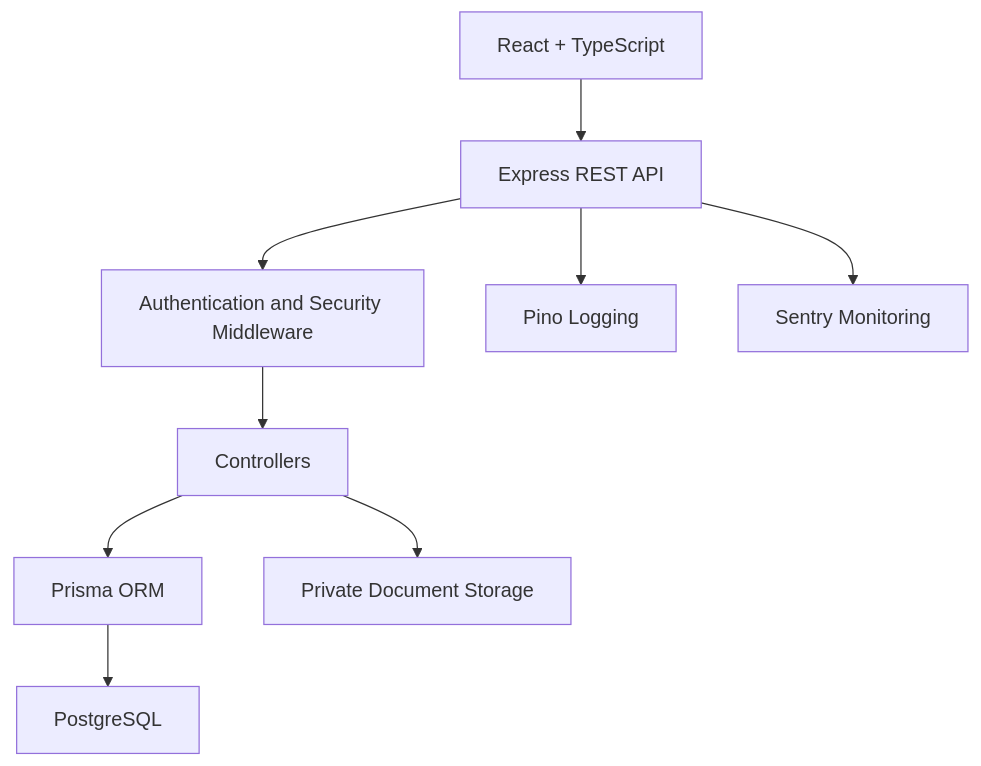
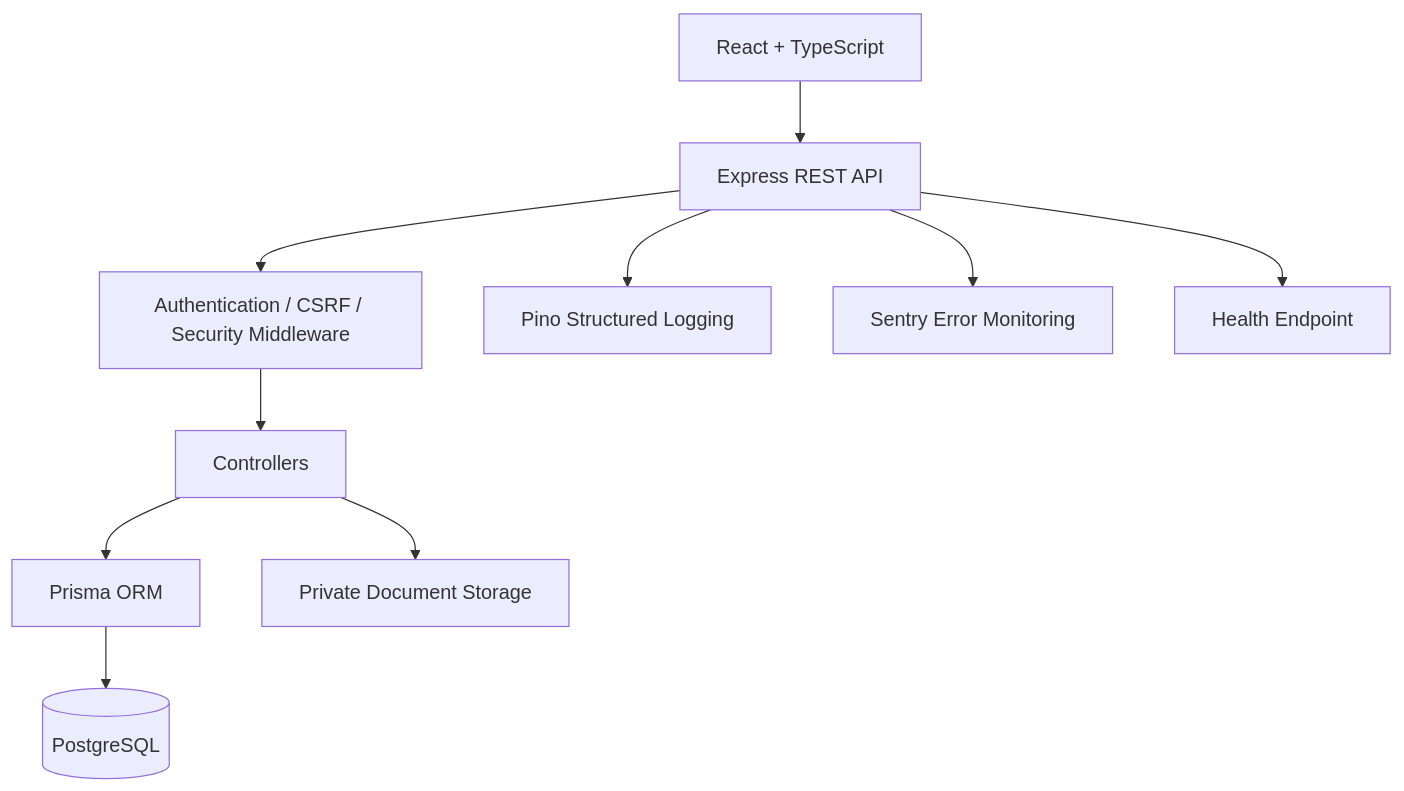
The diagram in README.md (hzitouniATSSU/job-application-tracker), drawn with Mermaid before and after one commit. The commit also changed other lines of this file, not shown here.

````diff
--- a/README.md
+++ b/README.md
@@ -169,11 +209,12 @@
 ```mermaid
 flowchart TD
     UI[React + TypeScript] --> API[Express REST API]
-    API --> AUTH[Authentication and Security Middleware]
+    API --> AUTH[Authentication / CSRF / Security Middleware]
     AUTH --> CONTROLLERS[Controllers]
     CONTROLLERS --> PRISMA[Prisma ORM]
-    PRISMA --> DB[PostgreSQL]
+    PRISMA --> DB[(PostgreSQL)]
     CONTROLLERS --> STORAGE[Private Document Storage]
-    API --> LOGGING[Pino Logging]
-    API --> MONITORING[Sentry Monitoring]
+    API --> LOGGING[Pino Structured Logging]
+    API --> MONITORING[Sentry Error Monitoring]
+    API --> HEALTH[Health Endpoint]
 ```
````
